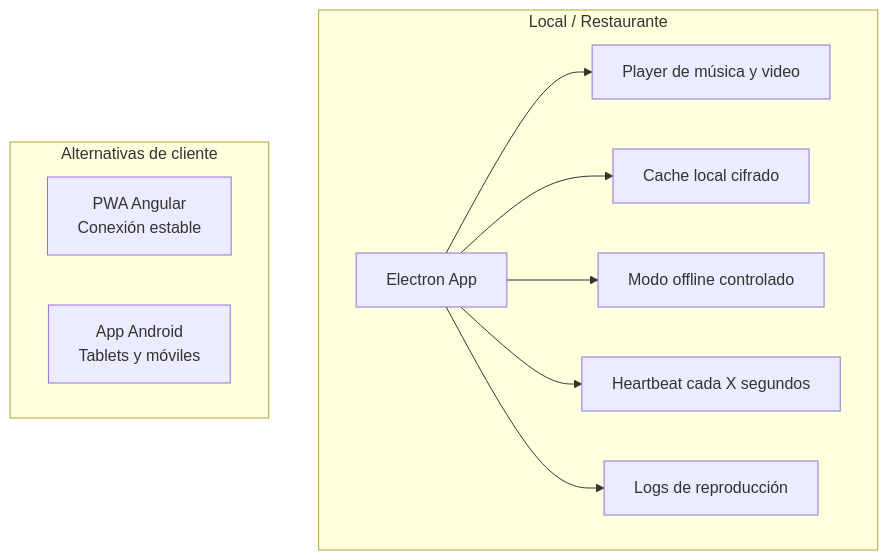
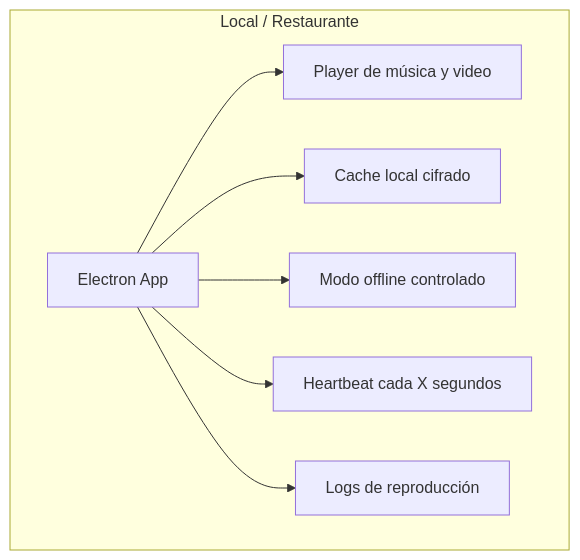
One commit to htm4rck/Mockups changed the first of 9 diagrams in app/MVPMusic/README.md. Above: the diagram before and after it, drawn with Mermaid. The commit also changed other lines of this file, not shown here.

````diff
--- a/app/MVPMusic/README.md
+++ b/app/MVPMusic/README.md
@@ -15,16 +13,11 @@
 ```mermaid
 graph TD
     subgraph Local["Local / Restaurante"]
         EL[Electron App]
         EL --> PL[Player de música y video]
         EL --> CA[Cache local cifrado]
         EL --> OF[Modo offline controlado]
         EL --> HB[Heartbeat cada X segundos]
         EL --> LG[Logs de reproducción]
     end
-
-    subgraph Alternativas["Alternativas de cliente"]
-        PWA[PWA Angular\nConexión estable]
-        AND[App Android\nTablets y móviles]
-    end
 ```
````
